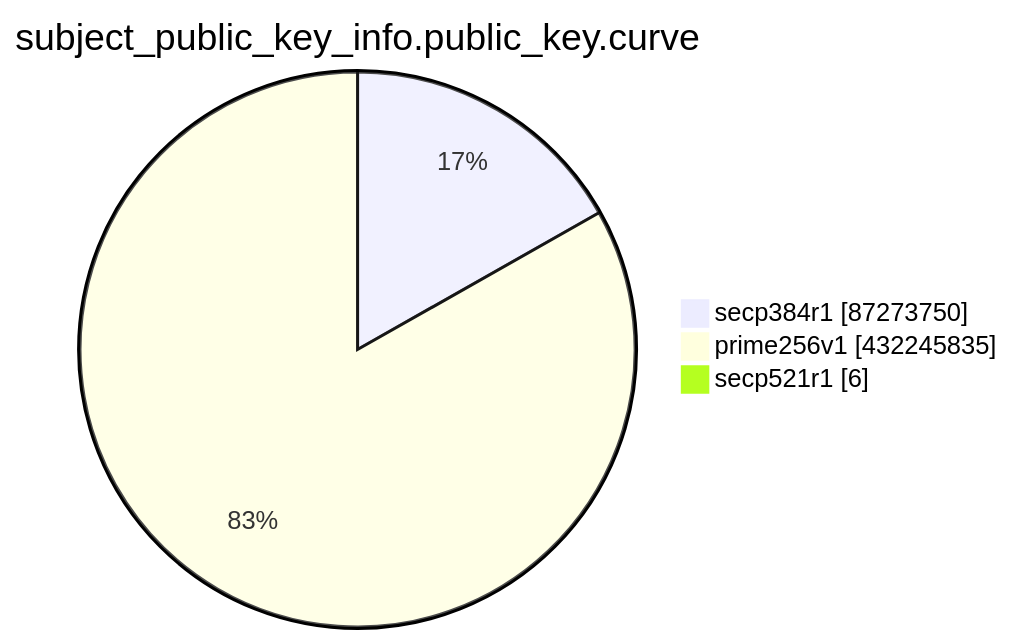
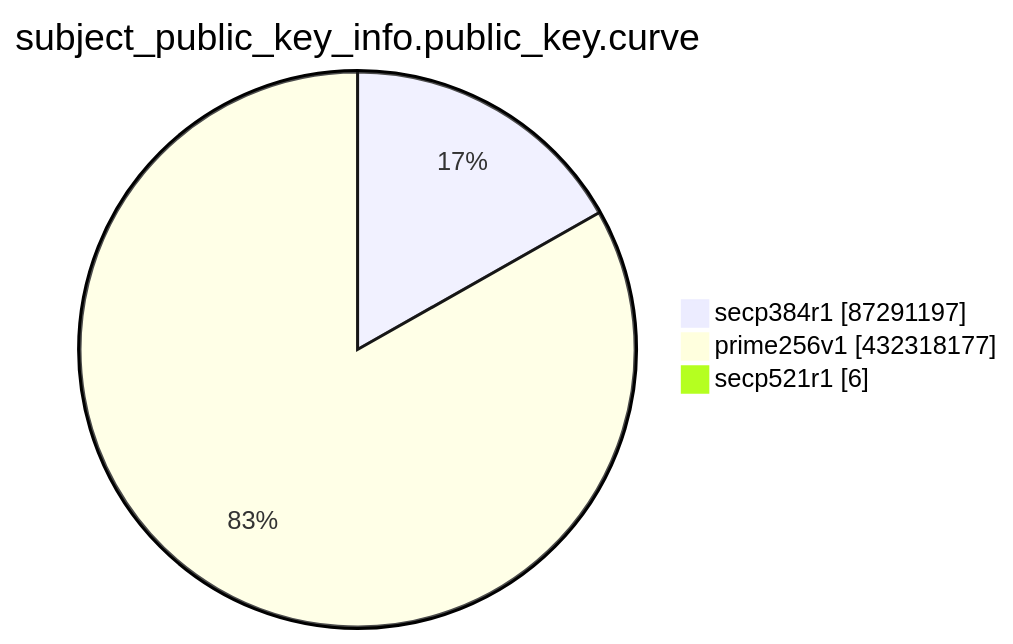
The eighth of 15 diagrams in TOTAL/README.md (christiankrug/ctmonitor_visualization), drawn with Mermaid before and after one commit. The commit also changed other lines of this file, not shown here.

````diff
--- a/TOTAL/README.md
+++ b/TOTAL/README.md
@@ -3100,7 +3100,7 @@
 ```mermaid
 pie showData
 title subject_public_key_info.public_key.curve
-"secp384r1" :87273750
-"prime256v1" :432245835
+"secp384r1" :87291197
+"prime256v1" :432318177
 "secp521r1" :6
 ```
````
